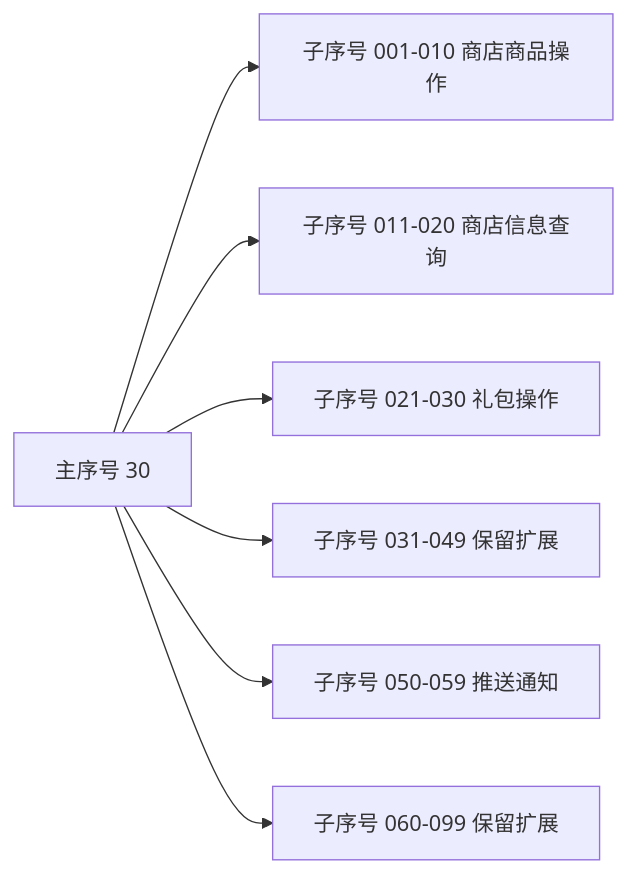
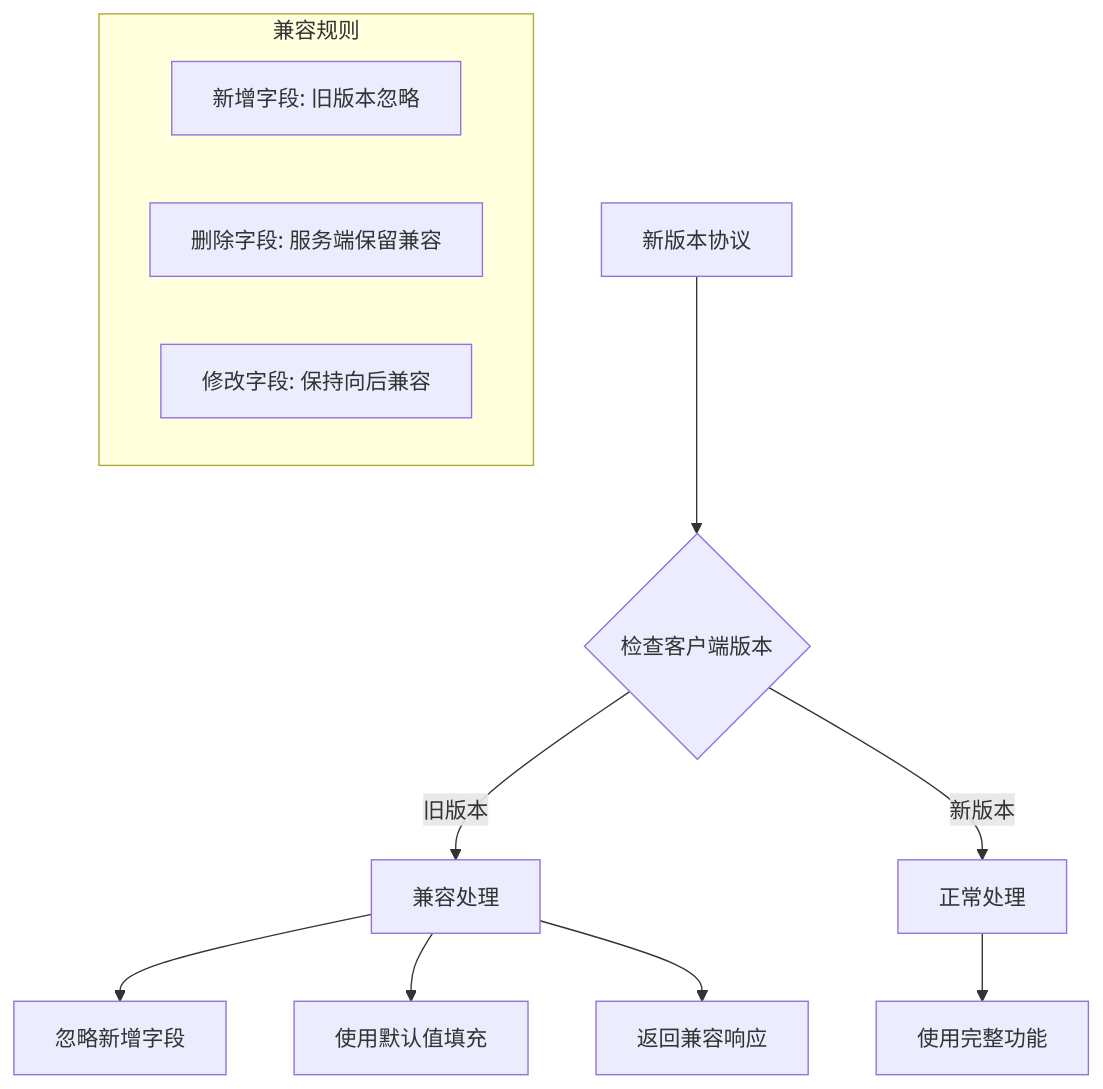
Diagram 11 of 11 in docs/Module_Shop/02_协议文档.md (Alan-Ben/k2c_game_framework), drawn with Mermaid before and after one commit. The commit also changed other lines of this file and 32 other files, not shown here.

````diff
--- a/docs/Module_Shop/02_协议文档.md
+++ b/docs/Module_Shop/02_协议文档.md
@@ -921,9 +752,18 @@
 ```mermaid
-graph LR
-    A[主序号 30] --> B[子序号 001-010 商店商品操作]
-    A --> C[子序号 011-020 商店信息查询]
-    A --> D[子序号 021-030 礼包操作]
-    A --> E[子序号 031-049 保留扩展]
-    A --> F[子序号 050-059 推送通知]
-    A --> G[子序号 060-099 保留扩展]
+flowchart TD
+    A[新版本协议] --> B{检查客户端版本}
+    B -->|旧版本| C[兼容处理]
+    B -->|新版本| D[正常处理]
+
+    C --> E[忽略新增字段]
+    C --> F[使用默认值填充]
+    C --> G[返回兼容响应]
+
+    D --> H[使用完整功能]
+
+    subgraph 兼容规则
+        I["新增字段: 旧版本忽略"]
+        J["删除字段: 服务端保留兼容"]
+        K["修改字段: 保持向后兼容"]
+    end
 ```
````
